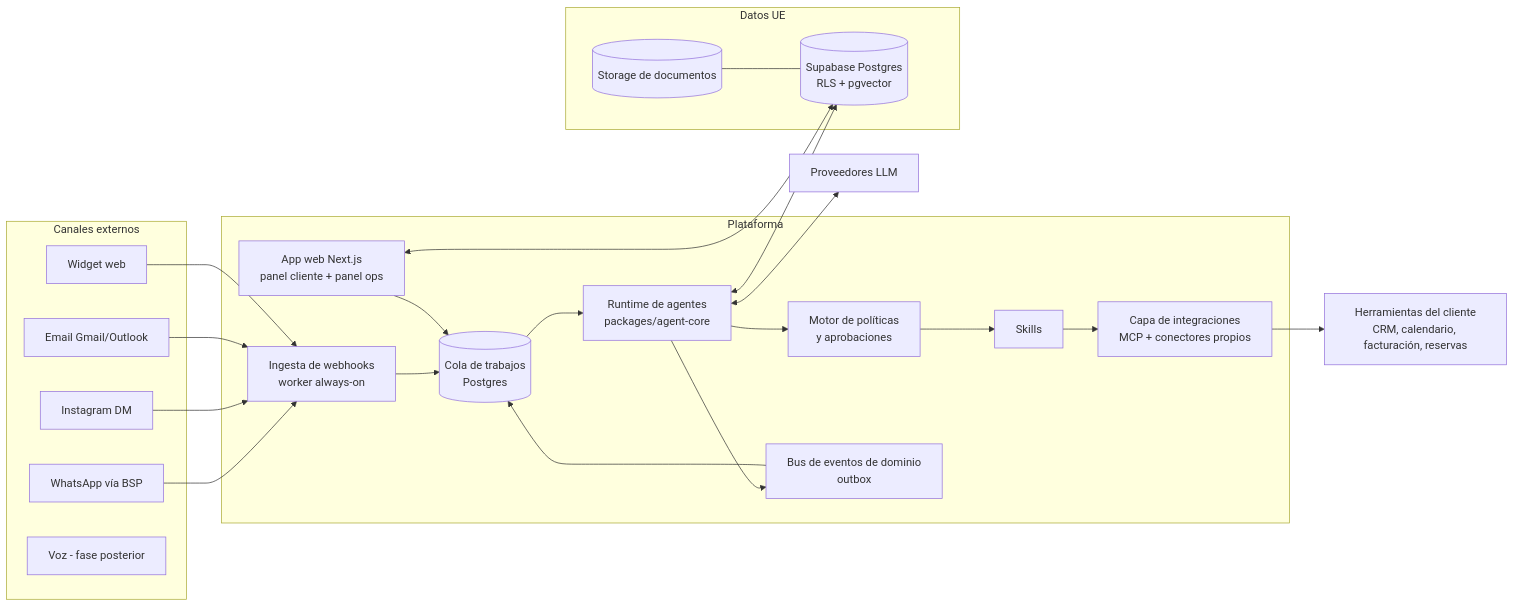
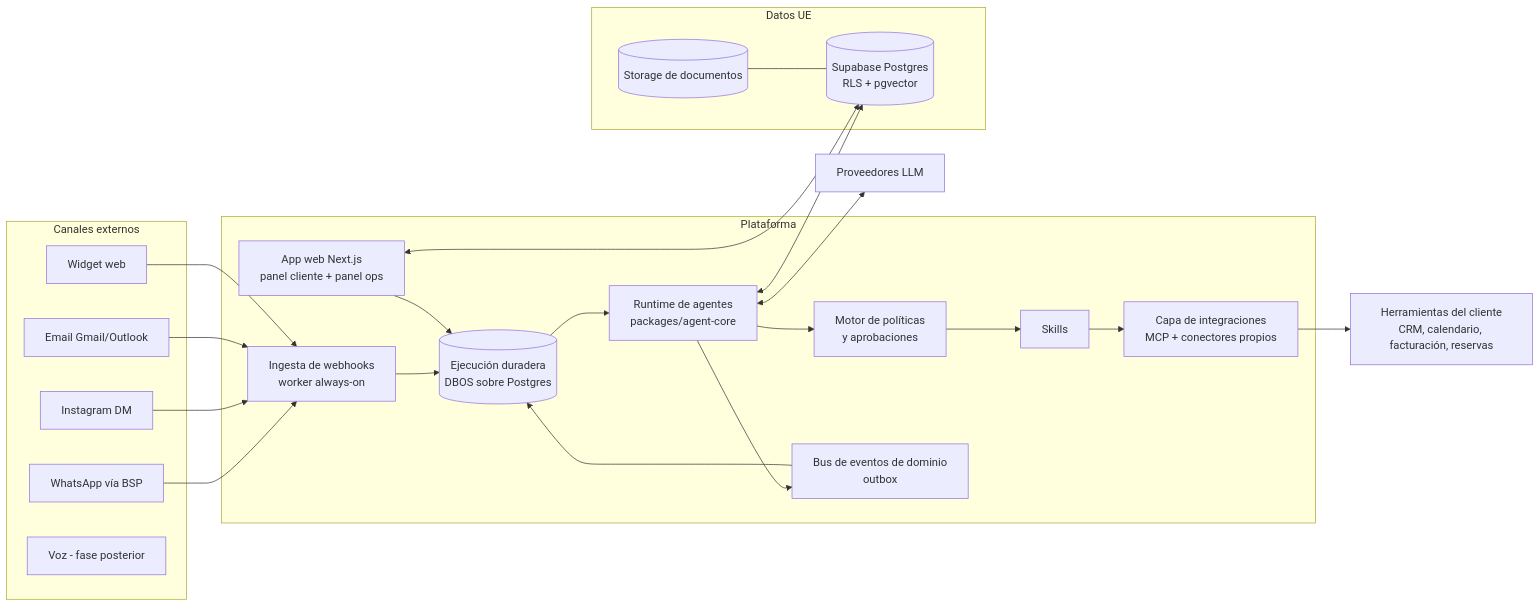
The first of 2 diagrams in docs/MANUAL.md (dsvmotion/moodly), drawn with Mermaid before and after one commit. The commit also changed other lines of this file and 13 other files, not shown here.

````diff
--- a/docs/MANUAL.md
+++ b/docs/MANUAL.md
@@ -169,38 +175,38 @@
 ```mermaid
 flowchart LR
   subgraph Canales externos
     WA[WhatsApp vía BSP]
     IG[Instagram DM]
     EM[Email Gmail/Outlook]
     WEB[Widget web]
     VOZ[Voz - fase posterior]
   end
 
   subgraph Plataforma
     ING[Ingesta de webhooks<br/>worker always-on]
-    Q[(Cola de trabajos<br/>Postgres)]
+    Q[(Ejecución duradera<br/>DBOS sobre Postgres)]
     RT[Runtime de agentes<br/>packages/agent-core]
     POL[Motor de políticas<br/>y aprobaciones]
     SK[Skills]
     INT[Capa de integraciones<br/>MCP + conectores propios]
     EVT[Bus de eventos de dominio<br/>outbox]
     APP[App web Next.js<br/>panel cliente + panel ops]
   end
 
   subgraph Datos UE
     DB[(Supabase Postgres<br/>RLS + pgvector)]
     ST[(Storage de documentos)]
   end
 
   LLM[Proveedores LLM]
   EXT[Herramientas del cliente<br/>CRM, calendario, facturación, reservas]
 
   WA & IG & EM & WEB --> ING --> Q --> RT
   RT <--> LLM
   RT --> POL --> SK --> INT --> EXT
   RT --> EVT --> Q
   RT <--> DB
   APP <--> DB
   APP --> Q
   ST --- DB
 ```
````
